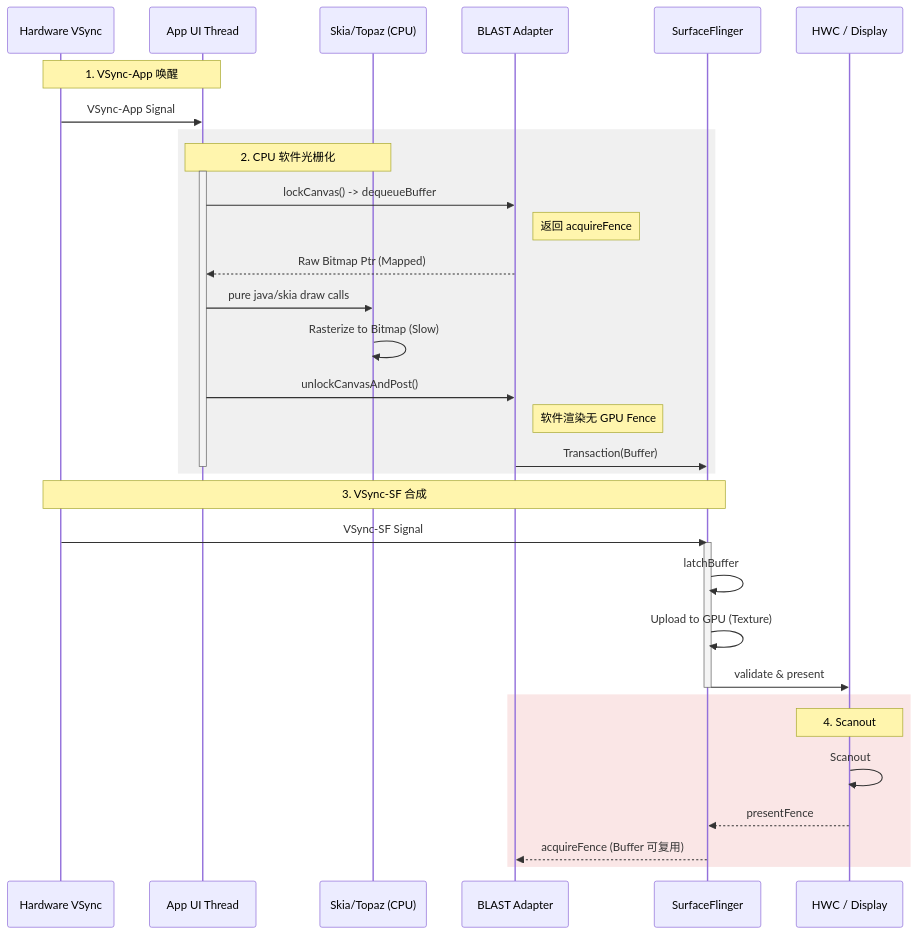
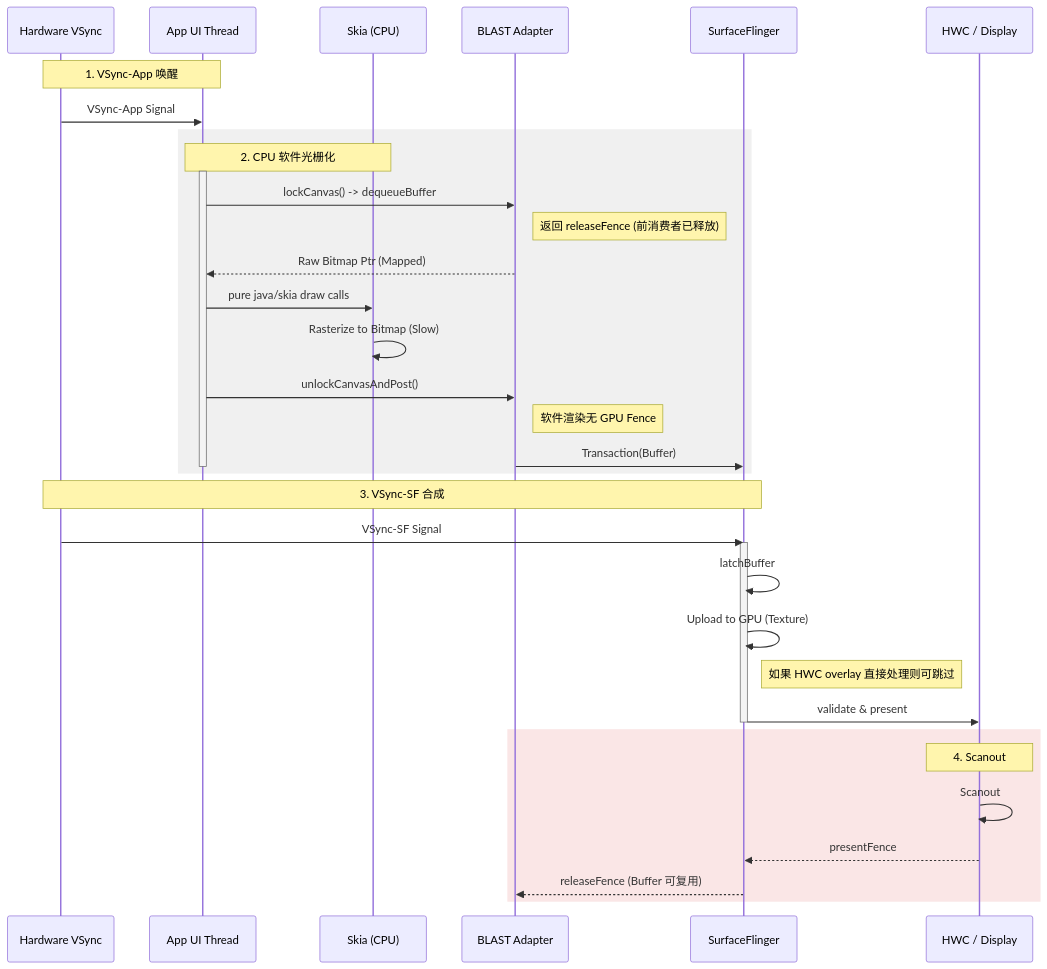
The diagram in docs/rendering_pipelines/android_view_software.md (Gracker/SmartPerfetto), drawn with Mermaid before and after one commit. The commit also changed other lines of this file and 78 other files, not shown here.

````diff
--- a/docs/rendering_pipelines/android_view_software.md
+++ b/docs/rendering_pipelines/android_view_software.md
@@ -31,47 +31,48 @@
 ```mermaid
 sequenceDiagram
     participant HW as Hardware VSync
     participant UI as App UI Thread
-    participant CPU as Skia/Topaz (CPU)
+    participant CPU as Skia (CPU)
     participant BBQ as BLAST Adapter
     participant SF as SurfaceFlinger
     participant HWC as HWC / Display
 
     %% 1. VSync-App
     Note over HW, UI: 1. VSync-App 唤醒
     HW->>UI: VSync-App Signal
     
     %% 2. CPU Drawing
     rect rgb(240, 240, 240)
         Note over UI, CPU: 2. CPU 软件光栅化
         activate UI
         UI->>BBQ: lockCanvas() -> dequeueBuffer
-        Note right of BBQ: 返回 acquireFence
+        Note right of BBQ: 返回 releaseFence (前消费者已释放)
         BBQ-->>UI: Raw Bitmap Ptr (Mapped)
         
         UI->>CPU: pure java/skia draw calls
         CPU->>CPU: Rasterize to Bitmap (Slow)
         
         UI->>BBQ: unlockCanvasAndPost()
         Note right of BBQ: 软件渲染无 GPU Fence
         BBQ->>SF: Transaction(Buffer)
         deactivate UI
     end
 
     %% 3. VSync-SF
     Note over HW, SF: 3. VSync-SF 合成
     HW->>SF: VSync-SF Signal
     activate SF
     SF->>SF: latchBuffer
     SF->>SF: Upload to GPU (Texture)
+    Note right of SF: 如果 HWC overlay 直接处理则可跳过
     SF->>HWC: validate & present
     deactivate SF
 
     %% 4. Display
     rect rgb(250, 230, 230)
         Note over HWC: 4. Scanout
         HWC->>HWC: Scanout
         HWC-->>SF: presentFence
-        SF-->>BBQ: acquireFence (Buffer 可复用)
+        SF-->>BBQ: releaseFence (Buffer 可复用)
     end
 ```
````
